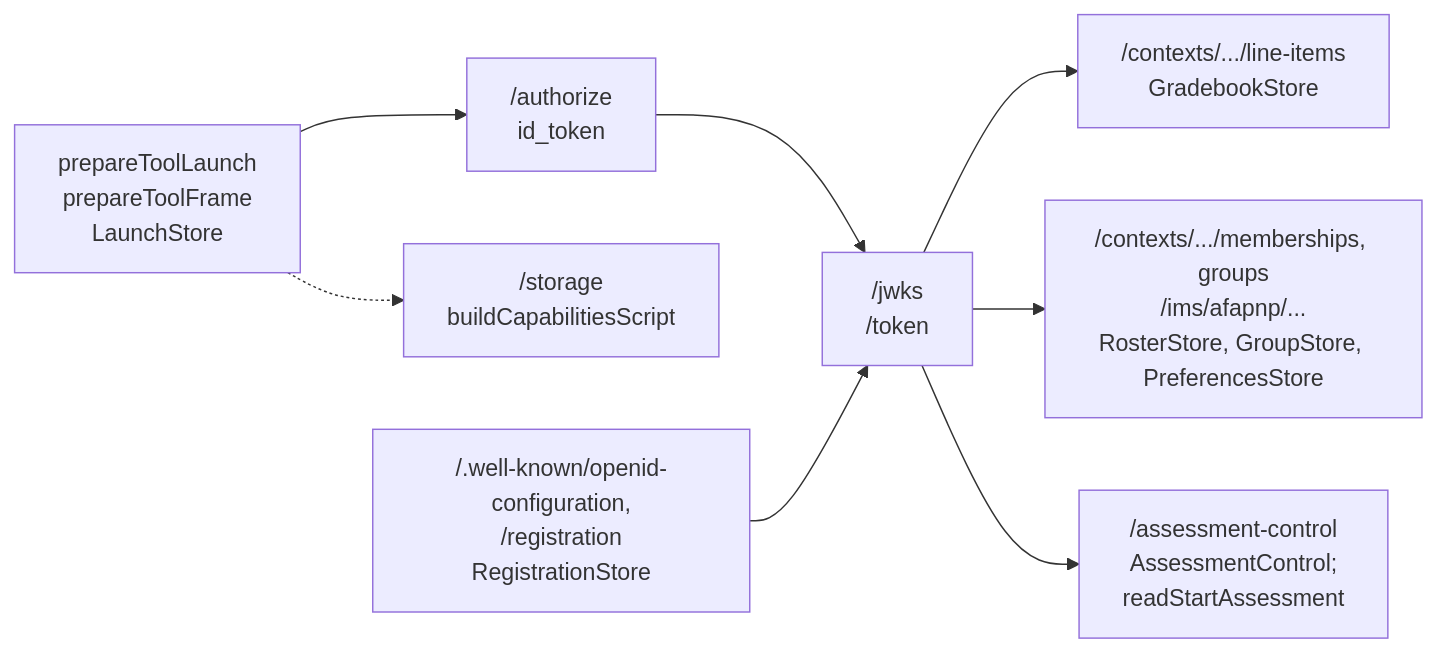
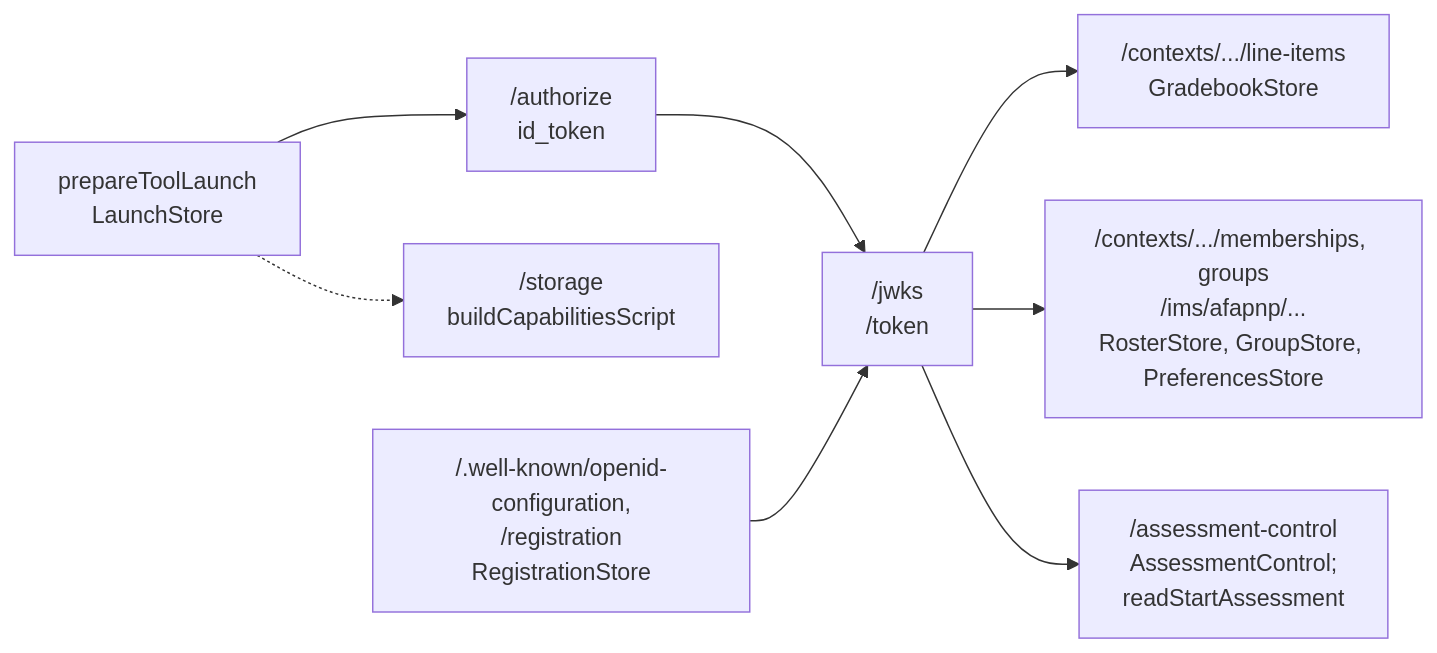
Before and after one commit to interopkit/interopkit: the second of 2 diagrams in docs/tool-integration/supported.md, drawn with Mermaid. The commit also changed 22 other files, not shown here.

First line of the commit message:
Prepare a launch with one function, prepareToolLaunch, and fix the names of the two frames

````diff
--- a/docs/tool-integration/supported.md
+++ b/docs/tool-integration/supported.md
@@ -52,10 +52,10 @@
 ```mermaid
 flowchart LR
-  login["prepareToolLaunch<br/>prepareToolFrame<br/>LaunchStore"] --> authorize["/authorize<br/>id_token"]
+  login["prepareToolLaunch<br/>LaunchStore"] --> authorize["/authorize<br/>id_token"]
   authorize --> token["/jwks<br/>/token"]
   login -.-> storage["/storage<br/>buildCapabilitiesScript"]
   token --> ags["/contexts/.../line-items<br/>GradebookStore"]
   token --> roster["/contexts/.../memberships, groups<br/>/ims/afapnp/...<br/>RosterStore, GroupStore, PreferencesStore"]
   token --> control["/assessment-control<br/>AssessmentControl;<br/>readStartAssessment"]
   registration["/.well-known/openid-configuration,<br/>/registration<br/>RegistrationStore"] --> token
 ```
````
